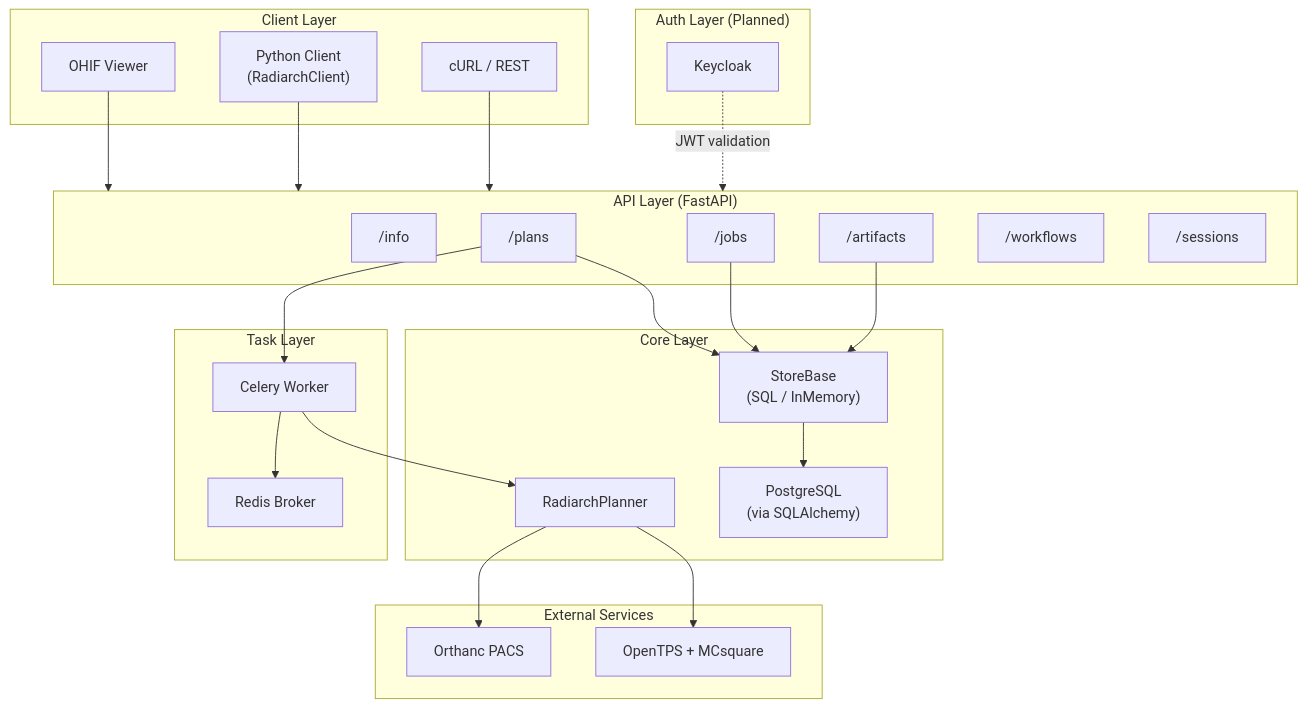
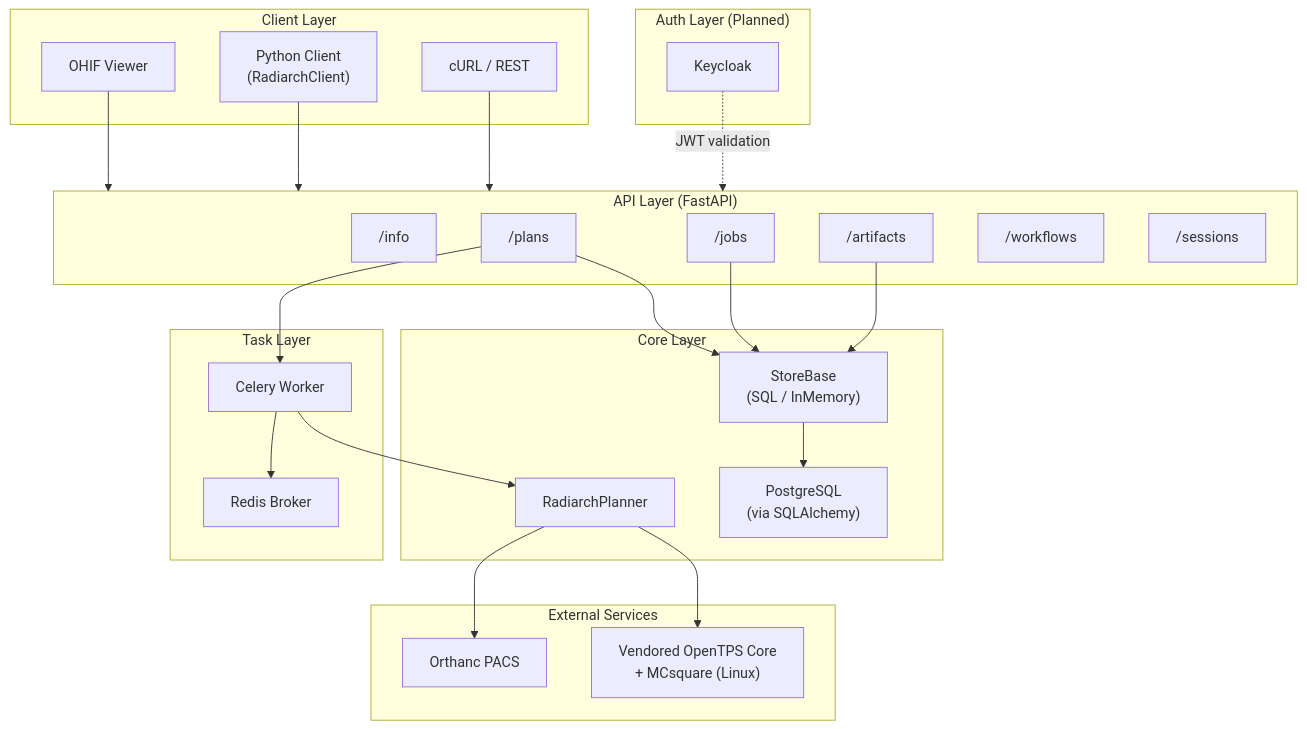
One commit to passlab/radiarch changed the first of 2 diagrams in docs/radiarch_project_report.md. Above: the diagram before and after it, drawn with Mermaid. The commit also changed other lines of this file and 2 other files, not shown here.

First line of the commit message:
docs: update README, architecture, and project report for vendored opentps_core

````diff
--- a/docs/radiarch_project_report.md
+++ b/docs/radiarch_project_report.md
@@ -39,54 +39,54 @@
 ```mermaid
 graph TB
     subgraph Client["Client Layer"]
         OHIF["OHIF Viewer"]
         PY["Python Client<br/>(RadiarchClient)"]
         CURL["cURL / REST"]
     end
 
     subgraph API["API Layer (FastAPI)"]
         INFO["/info"]
         PLANS["/plans"]
         JOBS["/jobs"]
         ARTS["/artifacts"]
         WF["/workflows"]
         SESS["/sessions"]
     end
 
     subgraph Core["Core Layer"]
         PLANNER["RadiarchPlanner"]
         STORE["StoreBase<br/>(SQL / InMemory)"]
         DB["PostgreSQL<br/>(via SQLAlchemy)"]
     end
 
     subgraph Workers["Task Layer"]
         CELERY["Celery Worker"]
         REDIS["Redis Broker"]
     end
 
     subgraph External["External Services"]
         ORTHANC["Orthanc PACS"]
-        OPENTPS["OpenTPS + MCsquare"]
+        OPENTPS["Vendored OpenTPS Core<br/>+ MCsquare (Linux)"]
     end
 
     subgraph Auth["Auth Layer (Planned)"]
         KC["Keycloak"]
     end
 
     OHIF --> API
     PY --> API
     CURL --> API
 
     KC -.->|JWT validation| API
 
     PLANS --> STORE
     PLANS --> CELERY
     JOBS --> STORE
     ARTS --> STORE
 
     CELERY --> REDIS
     CELERY --> PLANNER
     PLANNER --> ORTHANC
     PLANNER --> OPENTPS
     STORE --> DB
 ```
````
